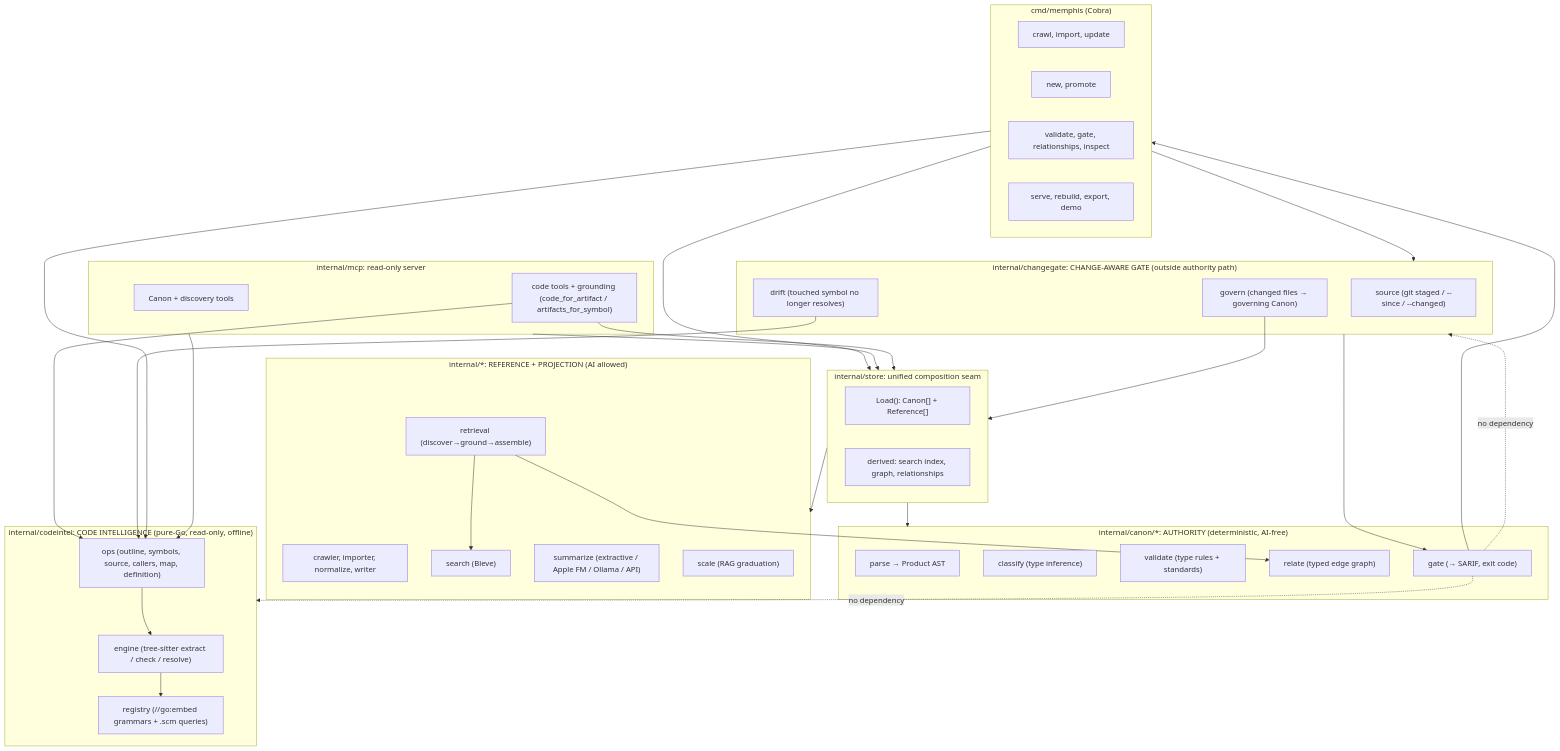
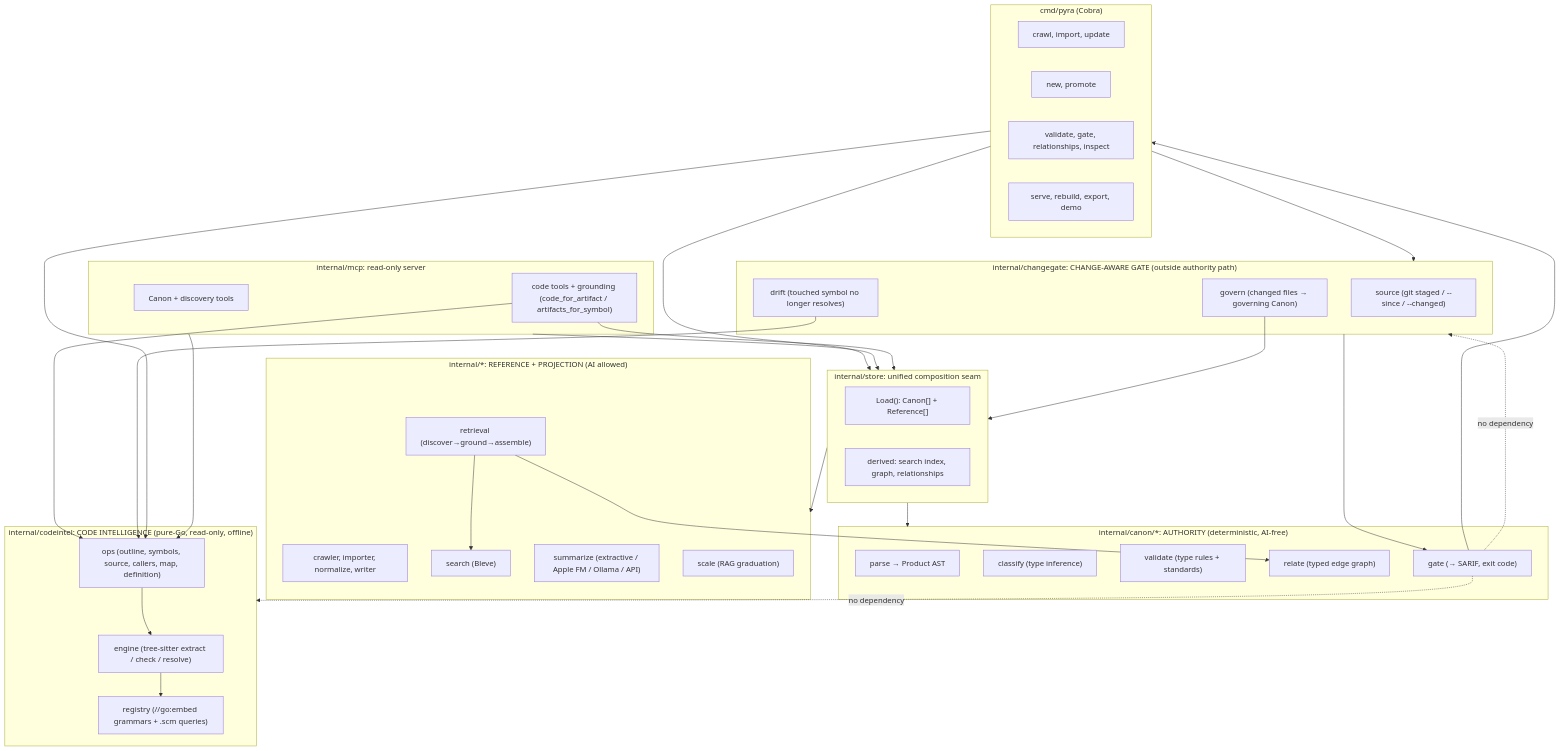
One commit to path-warden/pyra changed the first of 5 diagrams in ARCHITECTURE.md. Above: the diagram before and after it, drawn with Mermaid. The commit also changed other lines of this file and 216 other files, not shown here.

````diff
--- a/ARCHITECTURE.md
+++ b/ARCHITECTURE.md
@@ -78,67 +78,67 @@
 ```mermaid
 flowchart TB
-    subgraph CLI["cmd/memphis (Cobra)"]
+    subgraph CLI["cmd/pyra (Cobra)"]
         ingest["crawl, import, update"]
         author["new, promote"]
         check["validate, gate, relationships, inspect"]
         ops["serve, rebuild, export, demo"]
     end
 
     subgraph Store["internal/store: unified composition seam"]
         load["Load(): Canon[] + Reference[]"]
         idx["derived: search index, graph, relationships"]
     end
 
     subgraph Canon["internal/canon/*: AUTHORITY (deterministic, AI-free)"]
         parse["parse → Product AST"]
         classify["classify (type inference)"]
         validate["validate (type rules + standards)"]
         relate["relate (typed edge graph)"]
         gate["gate (→ SARIF, exit code)"]
     end
 
     subgraph Ref["internal/*: REFERENCE + PROJECTION (AI allowed)"]
         crawl["crawler, importer, normalize, writer"]
         search["search (Bleve)"]
         retrieval["retrieval (discover→ground→assemble)"]
         summarize["summarize (extractive / Apple FM / Ollama / API)"]
         scale["scale (RAG graduation)"]
     end
 
     subgraph Code["internal/codeintel: CODE INTELLIGENCE (pure-Go, read-only, offline)"]
         engine["engine (tree-sitter extract / check / resolve)"]
         codeops["ops (outline, symbols, source, callers, map, definition)"]
         reg["registry (//go:embed grammars + .scm queries)"]
     end
 
     subgraph CGate["internal/changegate: CHANGE-AWARE GATE (outside authority path)"]
         csrc["source (git staged / --since / --changed)"]
         cgov["govern (changed files → governing Canon)"]
         cdrift["drift (touched symbol no longer resolves)"]
     end
 
     subgraph MCP["internal/mcp: read-only server"]
         tools["Canon + discovery tools"]
         codetools["code tools + grounding (code_for_artifact / artifacts_for_symbol)"]
     end
 
     CLI --> Store
     CLI --> codeops
     CLI --> CGate
     Store --> Canon
     Store --> Ref
     MCP --> Store
     MCP --> codeops
     codetools --> Store
     codetools --> codeops
     codeops --> engine
     engine --> reg
     cgov --> Store
     cdrift --> codeops
     CGate --> gate
     retrieval --> search
     retrieval --> relate
     gate --> CLI
     gate -. no dependency .-> Code
     gate -. no dependency .-> CGate
 ```
````
